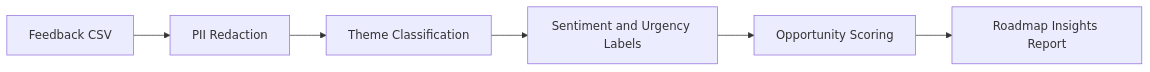
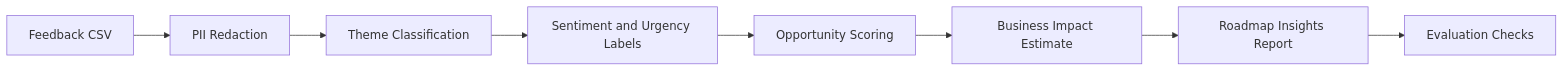
One commit to mrashmitha/Userlens changed the diagram in docs/architecture.md. Above: the diagram before and after it, drawn with Mermaid. The commit also changed other lines of this file and 12 other files, not shown here.

Commit message:
Add business impact and evaluation framework

````diff
--- a/docs/architecture.md
+++ b/docs/architecture.md
@@ -3,8 +3,10 @@
 ```mermaid
 flowchart LR
     A[Feedback CSV] --> B[PII Redaction]
     B --> C[Theme Classification]
     C --> D[Sentiment and Urgency Labels]
     D --> E[Opportunity Scoring]
-    E --> F[Roadmap Insights Report]
+    E --> F[Business Impact Estimate]
+    F --> G[Roadmap Insights Report]
+    G --> H[Evaluation Checks]
 ```
````
